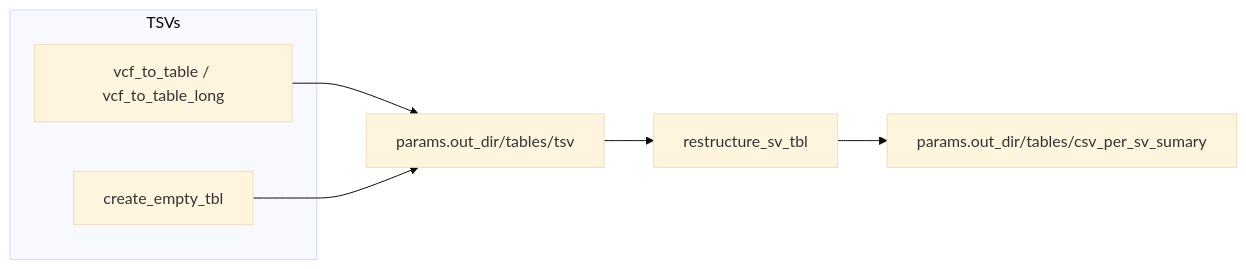
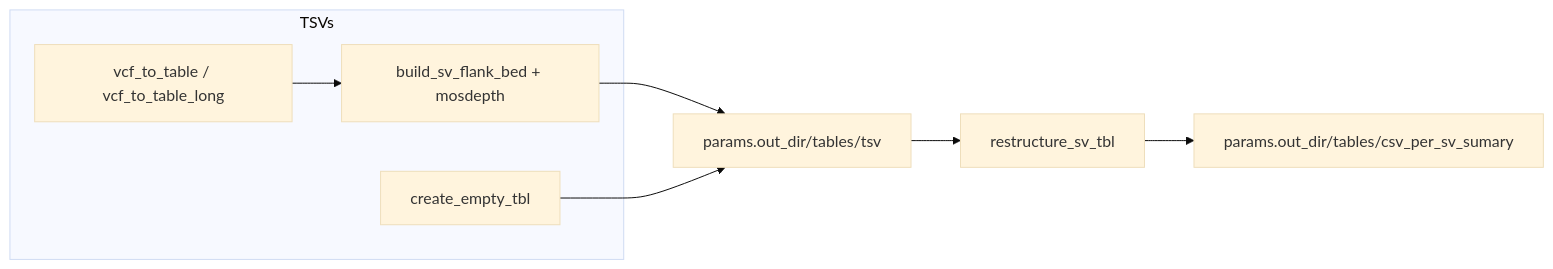
One commit to denisHanch/efsa_pipeline changed the second of 8 diagrams in README.md. Above: the diagram before and after it, drawn with Mermaid (base theme). The commit also changed other lines of this file and 11 other files, not shown here.

````diff
--- a/README.md
+++ b/README.md
@@ -438,11 +438,13 @@
 ```mermaid
 flowchart LR
   subgraph TSVs
     A[vcf_to_table / vcf_to_table_long]
+    M[build_sv_flank_bed + mosdepth]
     B[create_empty_tbl]
   end
-  A --> C[params.out_dir/tables/tsv]
+  A --> M
+  M --> C[params.out_dir/tables/tsv]
   B --> C
   C --> D[restructure_sv_tbl]
   D --> E[params.out_dir/tables/csv_per_sv_sumary]
 ```
````
